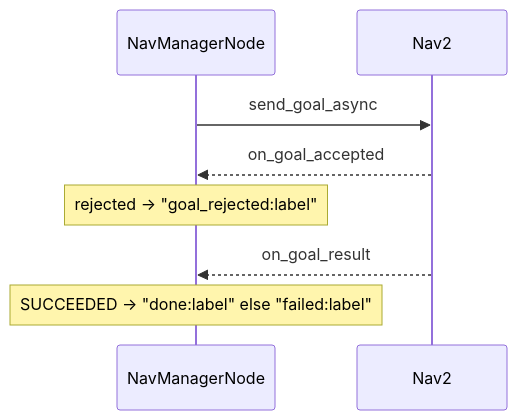
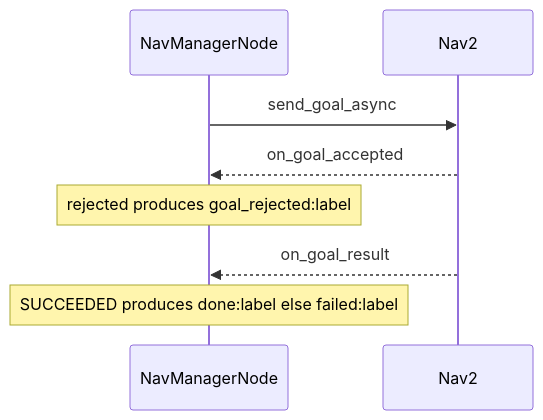
One commit to Boston-Robot-Hackers/dome_nav changed the diagram in 01-literate/03-nav_manager_node.md. Above: the diagram before and after it, drawn with Mermaid. The commit also changed 8 other files, not shown here.

First line of the commit message:
docs(literate): fix mermaid syntax across all diagrams

````diff
--- a/01-literate/03-nav_manager_node.md
+++ b/01-literate/03-nav_manager_node.md
@@ -89,10 +89,10 @@
 ```mermaid
 sequenceDiagram
     participant N as NavManagerNode
     participant Nav2
     N->>Nav2: send_goal_async
     Nav2-->>N: on_goal_accepted
-    Note over N: rejected → "goal_rejected:label"
+    Note over N: rejected produces goal_rejected:label
     Nav2-->>N: on_goal_result
-    Note over N: SUCCEEDED → "done:label" else "failed:label"
+    Note over N: SUCCEEDED produces done:label else failed:label
 ```
````
